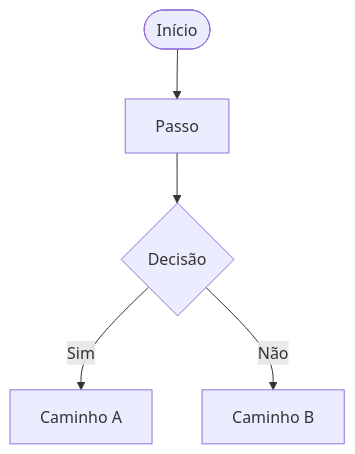
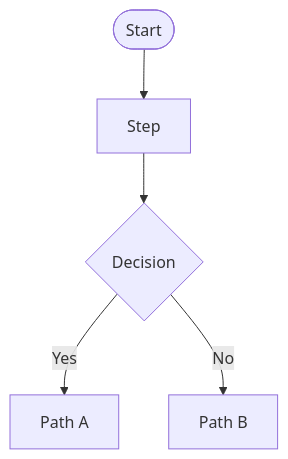
Before and after one commit to hugo-hsbtech/teamwork-process: the second of 2 diagrams in templates/product-backlog.md, drawn with Mermaid. The commit also changed other lines of this file and 63 other files, not shown here.

````diff
--- a/templates/product-backlog.md
+++ b/templates/product-backlog.md
@@ -58,7 +58,7 @@
 ```mermaid
 flowchart TD
-    A([Início]) --> B[Passo]
-    B --> C{Decisão}
-    C -- Sim --> D[Caminho A]
-    C -- Não --> E[Caminho B]
+    A([Start]) --> B[Step]
+    B --> C{Decision}
+    C -- Yes --> D[Path A]
+    C -- No --> E[Path B]
 ```
````
